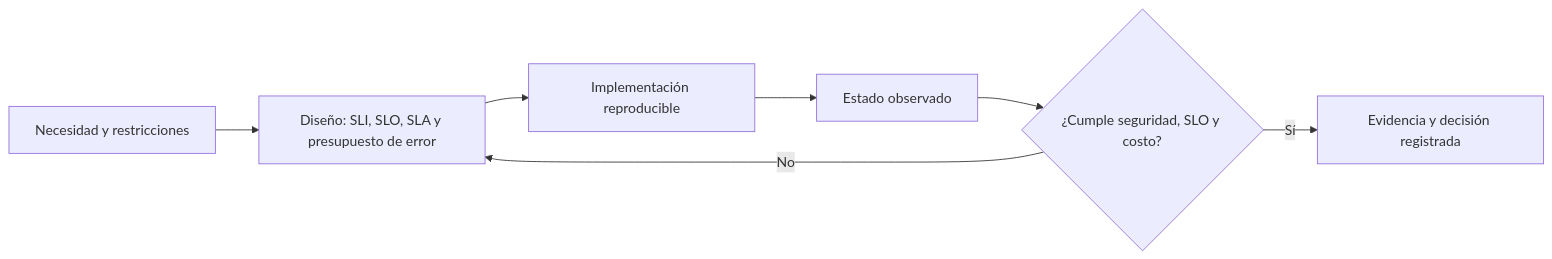
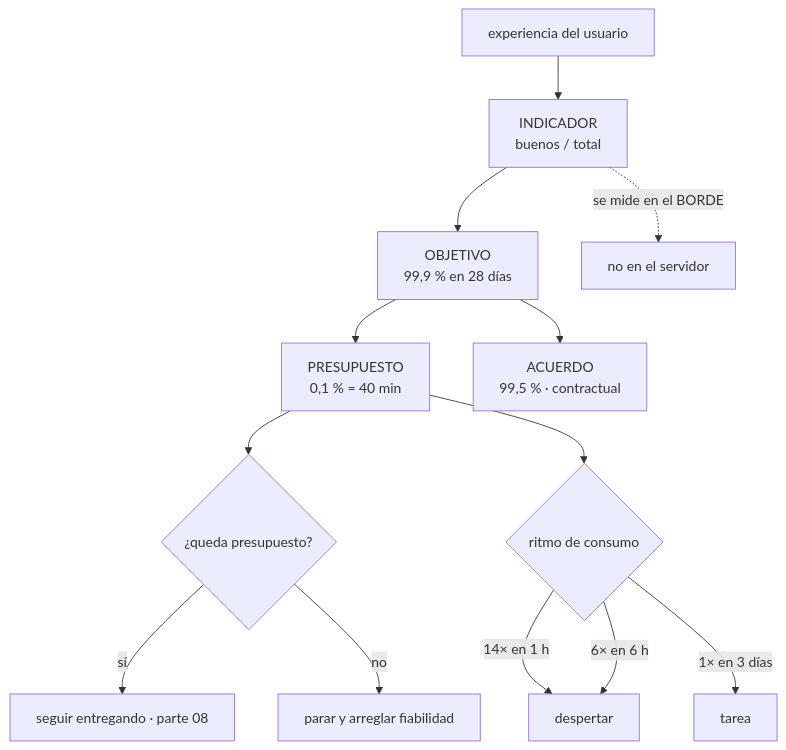
The diagram in classes/part-10-observability-sre-reliability/126-sli-slo-sla-y-presupuesto-de-error/README.md (vladimiracunadev-create/multi-cloud-engineering-program), drawn with Mermaid before and after one commit. The commit also changed other lines of this file and 2 other files, not shown here.

First line of the commit message:
Reescribe la clase 126: indicadores, objetivos y presupuesto de error

````diff
--- a/classes/part-10-observability-sre-reliability/126-sli-slo-sla-y-presupuesto-de-error/README.md
+++ b/classes/part-10-observability-sre-reliability/126-sli-slo-sla-y-presupuesto-de-error/README.md
@@ -47,9 +45,15 @@
 ```mermaid
-flowchart LR
-    A["Necesidad y restricciones"] --> B["Diseño: SLI, SLO, SLA y presupuesto de error"]
-    B --> C["Implementación reproducible"]
-    C --> D["Estado observado"]
-    D --> E{"¿Cumple seguridad, SLO y costo?"}
-    E -- "No" --> B
-    E -- "Sí" --> F["Evidencia y decisión registrada"]
+flowchart TB
+    U["experiencia del usuario"] --> I["INDICADOR\nbuenos / total"]
+    I --> O["OBJETIVO\n99,9 % en 28 días"]
+    O --> B["PRESUPUESTO\n0,1 % = 40 min"]
+    O --> A["ACUERDO\n99,5 % · contractual"]
+    B --> D{"¿queda presupuesto?"}
+    D -->|"sí"| S["seguir entregando · parte 08"]
+    D -->|"no"| P["parar y arreglar fiabilidad"]
+    B --> R{"ritmo de consumo"}
+    R -->|"14× en 1 h"| W["despertar"]
+    R -->|"6× en 6 h"| W
+    R -->|"1× en 3 días"| T["tarea"]
+    I -.->|"se mide en el BORDE"| E["no en el servidor"]
 ```
````
